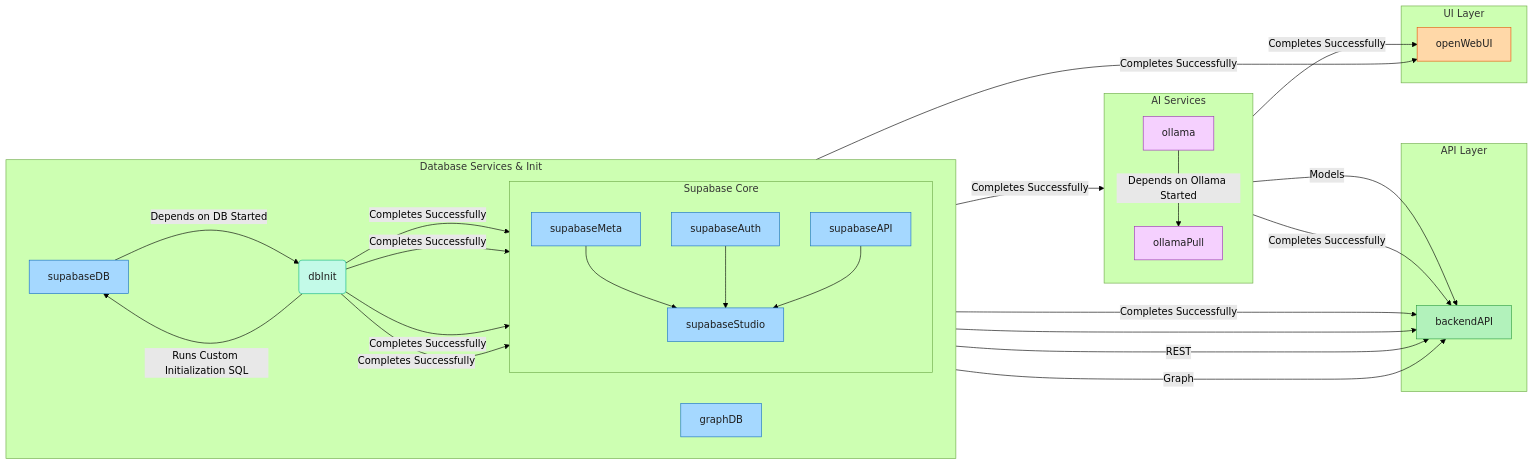
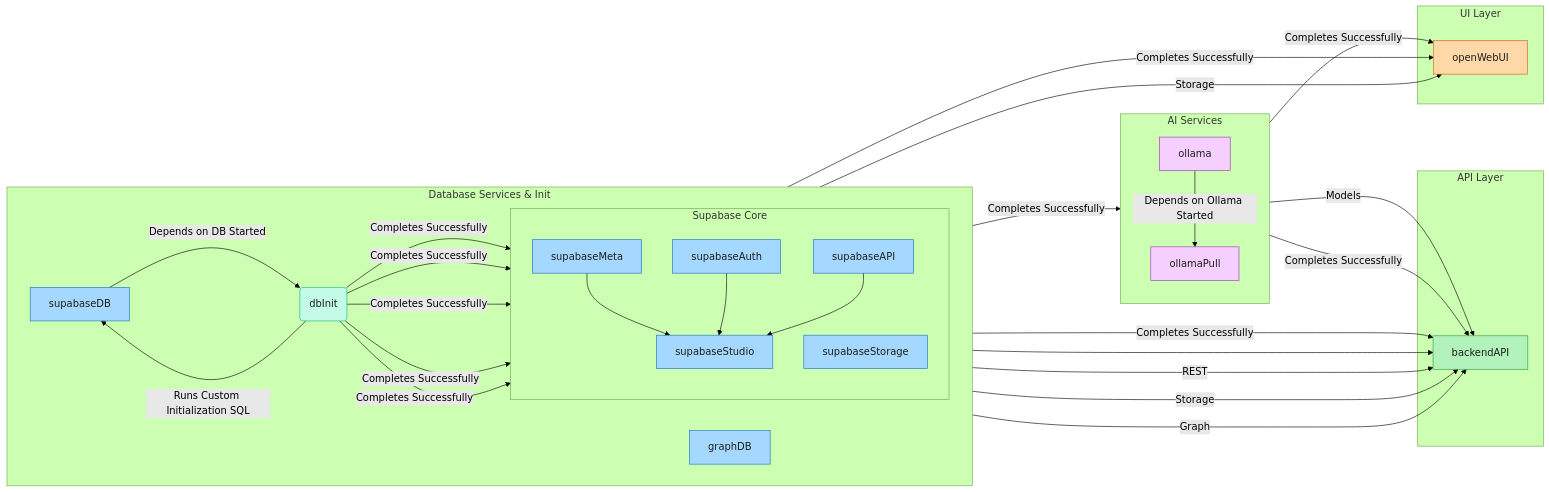
Before and after one commit to thekaveh/genai-vanilla: the diagram in docs/diagrams/architecture.mermaid, drawn with Mermaid (forest theme). The commit also changed 14 other files, not shown here.

Commit message:
adds supabase/storage service to the mix

```diff
--- a/docs/diagrams/architecture.mermaid
+++ b/docs/diagrams/architecture.mermaid
@@ -1,71 +1,75 @@
 graph LR
     %% Define styles
     classDef database fill:#a5d8ff,stroke:#1971c2,color:#1e1e1e
     classDef ai fill:#f5d0fe,stroke:#9c36b5,color:#1e1e1e
     classDef ui fill:#ffd8a8,stroke:#e8590c,color:#1e1e1e
     classDef api fill:#b2f2bb,stroke:#2f9e44,color:#1e1e1e
     
     %% Database Services & Initialization
     subgraph DB[Database Services & Init]
         direction LR
         supabaseDB[supabaseDB]
         dbInit(dbInit)
         subgraph Supabase Core
-            direction TB
-            supabaseMeta[supabaseMeta]
-            supabaseAuth[supabaseAuth]
-            supabaseAPI[supabaseAPI]
-            supabaseStudio[supabaseStudio]
+        direction TB
+        supabaseMeta[supabaseMeta]
+        supabaseStorage[supabaseStorage]
+        supabaseAuth[supabaseAuth]
+        supabaseAPI[supabaseAPI]
+        supabaseStudio[supabaseStudio]
         end
         graphDB[graphDB]
     end
 
     %% AI Services
     subgraph AI[AI Services]
         direction TB
         ollama[ollama]
         ollamaPull[ollamaPull]
     end
     
     %% API Layer (moved to right side)
     subgraph API[API Layer]
         backendAPI[backendAPI]
     end
     
     %% UI Layer
     subgraph UI[UI Layer]
         openWebUI[openWebUI]
     end
     
     %% Connections / Dependencies
     supabaseDB -- "Depends on DB Started" --> dbInit
     dbInit -- "Runs Custom Initialization SQL" --> supabaseDB
     dbInit -- "Completes Successfully" --> supabaseMeta
+    dbInit -- "Completes Successfully" --> supabaseStorage
     dbInit -- "Completes Successfully" --> supabaseAuth
     dbInit -- "Completes Successfully" --> supabaseAPI
     dbInit -- "Completes Successfully" --> supabaseStudio
     dbInit -- "Completes Successfully" --> ollamaPull
     dbInit -- "Completes Successfully" --> openWebUI
     dbInit -- "Completes Successfully" --> backendAPI
 
     %% Service Inter-dependencies (After db-init)
     supabaseMeta --> supabaseStudio
     supabaseAuth --> supabaseStudio
     supabaseAPI --> supabaseStudio
     supabaseAuth --> backendAPI
     supabaseAPI -- REST --> backendAPI
+    supabaseStorage -- Storage --> backendAPI
     graphDB -- Graph --> backendAPI
     ollama -- Models --> backendAPI
     ollamaPull -- "Completes Successfully" --> openWebUI
     ollamaPull -- "Completes Successfully" --> backendAPI
+    supabaseStorage -- Storage --> openWebUI
     ollama -- "Depends on Ollama Started" --> ollamaPull
 
 
     %% Apply styles
     classDef init fill:#c3fae8,stroke:#12b886,color:#1e1e1e
     class supabaseDB,graphDB database
-    class supabaseMeta,supabaseAuth,supabaseAPI,supabaseStudio database
+    class supabaseMeta,supabaseStorage,supabaseAuth,supabaseAPI,supabaseStudio database
     class ollama,ollamaPull ai
     class openWebUI ui
     class backendAPI api
     class dbInit init
```
